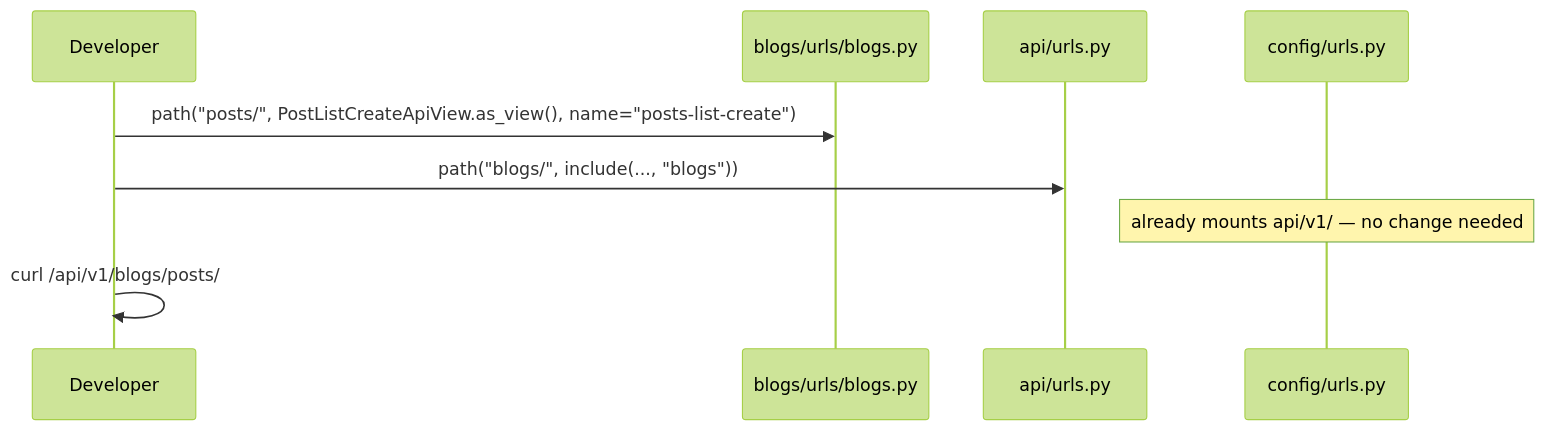
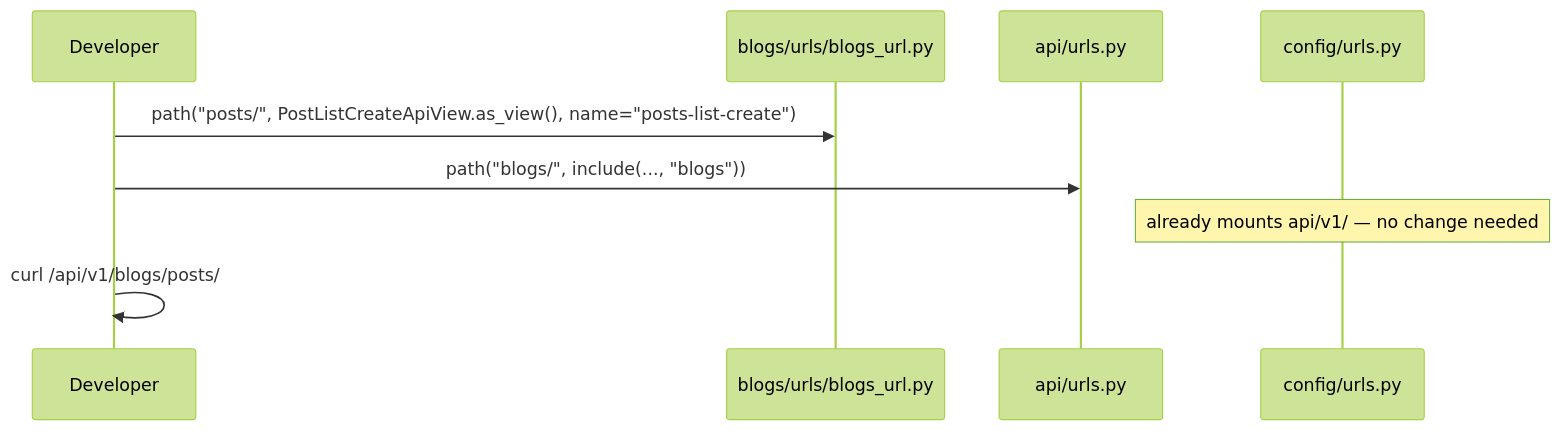
One commit to alidanial7/django-style-guide changed the second of 2 diagrams in {{cookiecutter.project_name}}/docs/style-guide/layers/urls.md. Above: the diagram before and after it, drawn with Mermaid (forest theme). The commit also changed other lines of this file and 29 other files, not shown here.

````diff
--- a/{{cookiecutter.project_name}}/docs/style-guide/layers/urls.md
+++ b/{{cookiecutter.project_name}}/docs/style-guide/layers/urls.md
@@ -297,12 +313,12 @@
 ```mermaid
 sequenceDiagram
     participant Dev as Developer
-    participant App as blogs/urls/blogs.py
+    participant App as blogs/urls/blogs_url.py
     participant API as api/urls.py
     participant Root as config/urls.py
 
     Dev->>App: path("posts/", PostListCreateApiView.as_view(), name="posts-list-create")
     Dev->>API: path("blogs/", include(..., "blogs"))
     Note over Root: already mounts api/v1/ — no change needed
     Dev->>Dev: curl /api/v1/blogs/posts/
 ```
````
